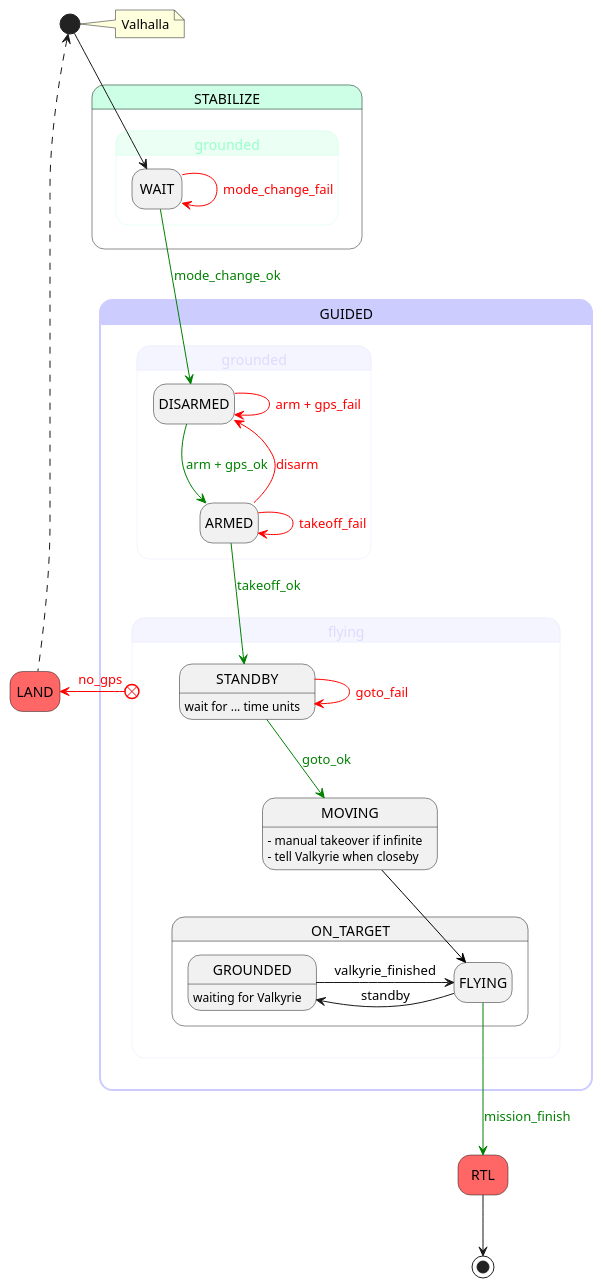
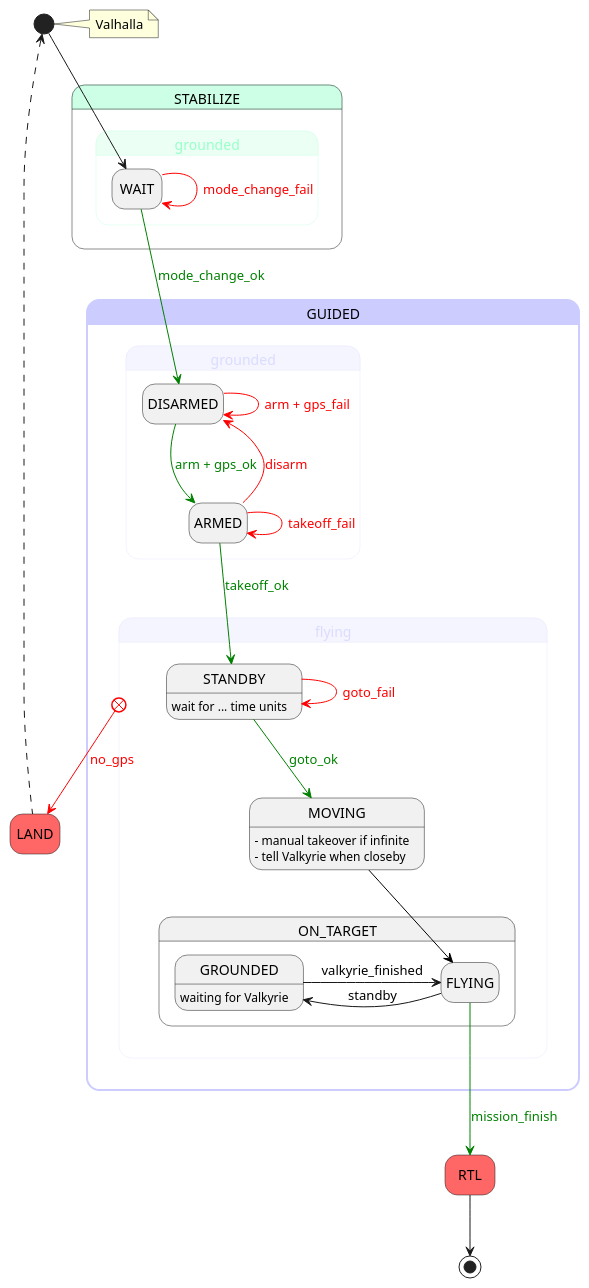
One commit to Z-Hamdoun/Asgard changed the diagram in mission/diagrams/valhalla.puml. Above: the diagram before and after it, drawn with PlantUML. The commit also changed 1 other file, not shown here.

Commit message:
Valkyrie & Valhalla diagrams update

```diff
--- a/mission/diagrams/valhalla.puml
+++ b/mission/diagrams/valhalla.puml
@@ -1,64 +1,64 @@
 @startuml
 hide empty description
 
 ''' BASE STATES '''
 state LAND #ff6666
 state RTL #ff6666
 
 state start <<start>>
 note right of start : Valhalla
 
 ''' MISSION '''
 state STABILIZE #ccffe5 {
     state "grounded" as stabilize_FOLLOWING #ebfff4;line:ccffe5;text:99ffca {
         state "WAIT" as stabilize_WAIT
         start -down-> stabilize_WAIT
     }
 }
 
 RTL --> [*]
 
 LAND -up[dashed]-> start
 
 state GUIDED #ccccff;line:ccccff;line.bold {
     
     state "grounded" as guided_GROUNDED #f5f5ff;line:e6e6ff;text:dbdbff {
 
         state "DISARMED" as guided_DISARMED
         state "ARMED" as guided_ARMED
 
         stabilize_WAIT -down[#green]-> guided_DISARMED : <color:#green>mode_change_ok</color>
         stabilize_WAIT -down[#red]-> stabilize_WAIT : <color:#red>mode_change_fail</color>
         guided_DISARMED -down[#green]-> guided_ARMED : <color:#green>arm + gps_ok</color>
         guided_DISARMED -down[#red]-> guided_DISARMED : <color:#red>arm + gps_fail</color>
         guided_ARMED -down[#red]-> guided_ARMED : <color:#red>takeoff_fail</color>
         guided_ARMED -up[#red]-> guided_DISARMED : <color:#red>disarm</color>
 
     }
 
     state "flying" as guided_FLYING #f5f5ff;line:e6e6ff;text:dbdbff {
         
         state "STANDBY" as flying_STANDBY : wait for ... time units
         guided_ARMED -down[#green]-> flying_STANDBY : <color:#green>takeoff_ok</color>
         flying_STANDBY -down[#green]-> MOVING : <color:#green>goto_ok</color>
         flying_STANDBY -[#red]-> flying_STANDBY : <color:#red>goto_fail</color>
         MOVING : - manual takeover if infinite
         MOVING : - tell Valkyrie when closeby
         
         state ON_TARGET {
             state "FLYING" as on_target_AIR
             state "GROUNDED" as on_target_GROUND : waiting for Valkyrie
             MOVING -down[#black]-> on_target_AIR
             on_target_AIR -left-> on_target_GROUND : standby
             on_target_GROUND -right-> on_target_AIR : valkyrie_finished
         }
         
     }
 
-    guided_FLYING x-left[#red]-> LAND: <color:#red>no_gps</color>
+    guided_FLYING x-[#red]-> LAND: <color:#red>no_gps</color>
     
     on_target_AIR -down[#green]-> RTL : <color:#green>mission_finish</color>
     
 }
 
 @enduml
```
